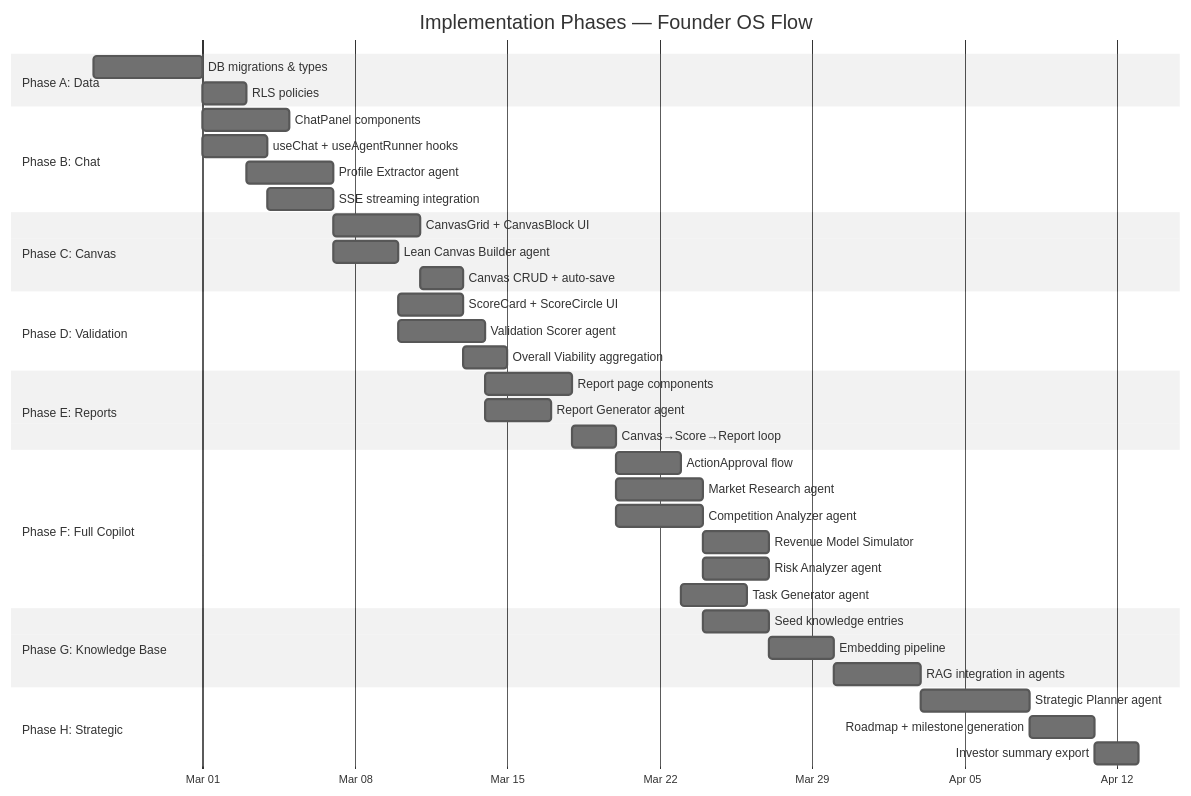
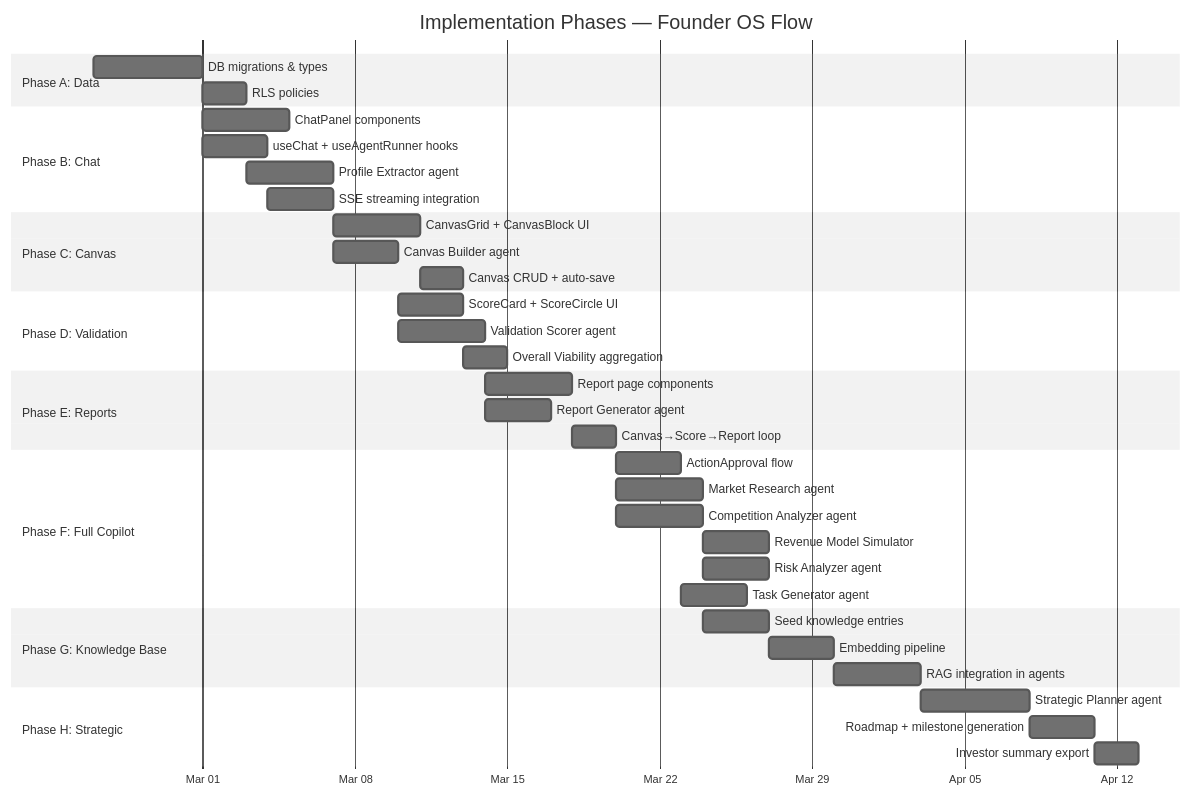
Diagram 12 of 17 in docs/ARCHITECTURE-diagrams.md (amo-tech-ai/founder-os-flow), drawn with Mermaid (neutral theme) before and after one commit. The commit also changed other lines of this file and 11 other files, not shown here.

First line of the commit message:
Fix 15 audit issues across 12 plan docs — resolve architecture decisions and cross-doc conflicts

````diff
--- a/docs/ARCHITECTURE-diagrams.md
+++ b/docs/ARCHITECTURE-diagrams.md
@@ -777,49 +777,49 @@
 ```mermaid
 gantt
     title Implementation Phases — Founder OS Flow
     dateFormat YYYY-MM-DD
     axisFormat %b %d
 
     section Phase A: Data
     DB migrations & types          :a1, 2026-02-24, 5d
     RLS policies                   :a2, after a1, 2d
 
     section Phase B: Chat
     ChatPanel components           :b1, after a1, 4d
     useChat + useAgentRunner hooks :b2, after a1, 3d
     Profile Extractor agent        :b3, after a2, 4d
     SSE streaming integration      :b4, after b2, 3d
 
     section Phase C: Canvas
     CanvasGrid + CanvasBlock UI    :c1, after b3, 4d
-    Lean Canvas Builder agent      :c2, after b3, 3d
+    Canvas Builder agent            :c2, after b3, 3d
     Canvas CRUD + auto-save        :c3, after c1, 2d
 
     section Phase D: Validation
     ScoreCard + ScoreCircle UI     :d1, after c2, 3d
     Validation Scorer agent        :d2, after c2, 4d
     Overall Viability aggregation  :d3, after d1, 2d
 
     section Phase E: Reports
     Report page components         :e1, after d2, 4d
     Report Generator agent         :e2, after d2, 3d
     Canvas→Score→Report loop       :e3, after e1, 2d
 
     section Phase F: Full Copilot
     ActionApproval flow            :f1, after e3, 3d
     Market Research agent          :f2, after e3, 4d
     Competition Analyzer agent     :f3, after e3, 4d
     Revenue Model Simulator        :f4, after f2, 3d
     Risk Analyzer agent            :f5, after f3, 3d
     Task Generator agent           :f6, after f1, 3d
 
     section Phase G: Knowledge Base
     Seed knowledge entries         :g1, after f2, 3d
     Embedding pipeline             :g2, after g1, 3d
     RAG integration in agents      :g3, after g2, 4d
 
     section Phase H: Strategic
     Strategic Planner agent        :h1, after g3, 5d
     Roadmap + milestone generation :h2, after h1, 3d
     Investor summary export        :h3, after h2, 2d
 ```
````
